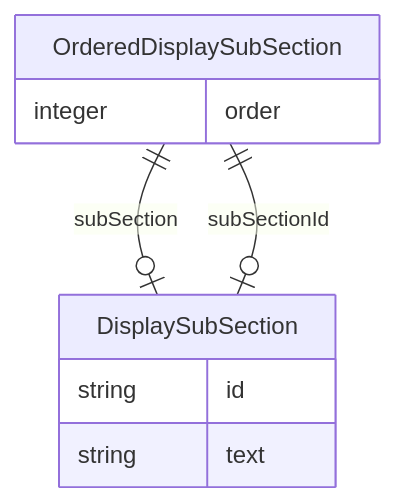
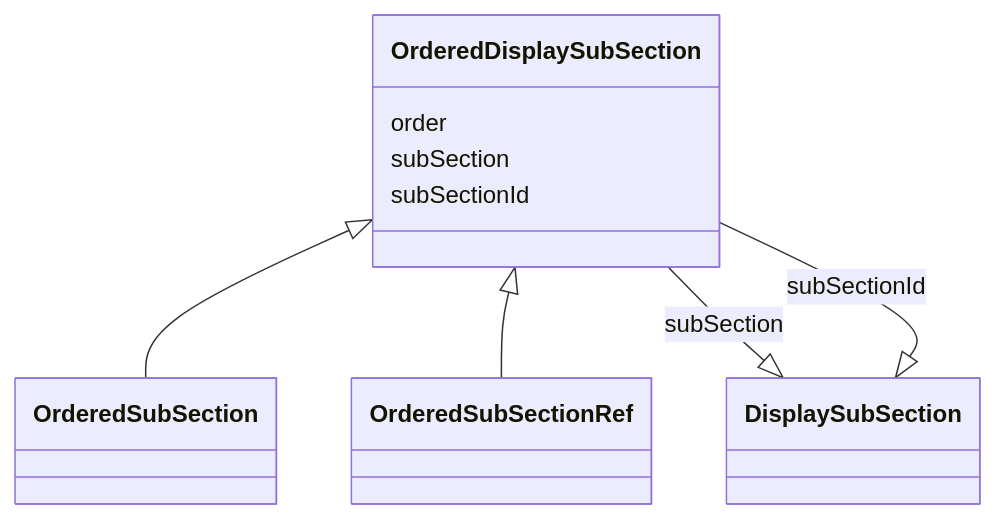
Before and after one commit to cdisc-org/analysis-results-standard: the diagram in project/docs/OrderedDisplaySubSection.md, drawn with Mermaid. The commit also changed 256 other files, not shown here.

Commit message:
Documentation diagrams

````diff
--- a/project/docs/OrderedDisplaySubSection.md
+++ b/project/docs/OrderedDisplaySubSection.md
@@ -15,14 +17,18 @@
 ```mermaid
-erDiagram
-OrderedDisplaySubSection {
-    integer order  
-}
-DisplaySubSection {
-    string id  
-    string text  
-}
-
-OrderedDisplaySubSection ||--|o DisplaySubSection : "subSection"
-OrderedDisplaySubSection ||--|o DisplaySubSection : "subSectionId"
-
+ classDiagram
+    class OrderedDisplaySubSection
+      OrderedDisplaySubSection <|-- OrderedSubSection
+      OrderedDisplaySubSection <|-- OrderedSubSectionRef
+      
+      OrderedDisplaySubSection : order
+        
+      OrderedDisplaySubSection : subSection
+        
+          OrderedDisplaySubSection --|> DisplaySubSection : subSection
+        
+      OrderedDisplaySubSection : subSectionId
+        
+          OrderedDisplaySubSection --|> DisplaySubSection : subSectionId
+        
+      
 ```
````
